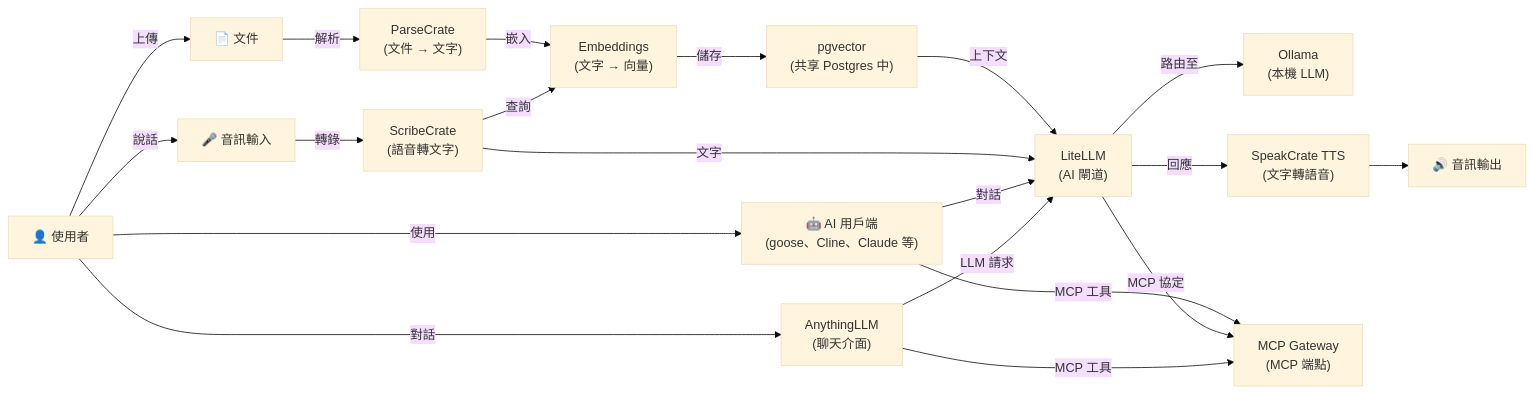
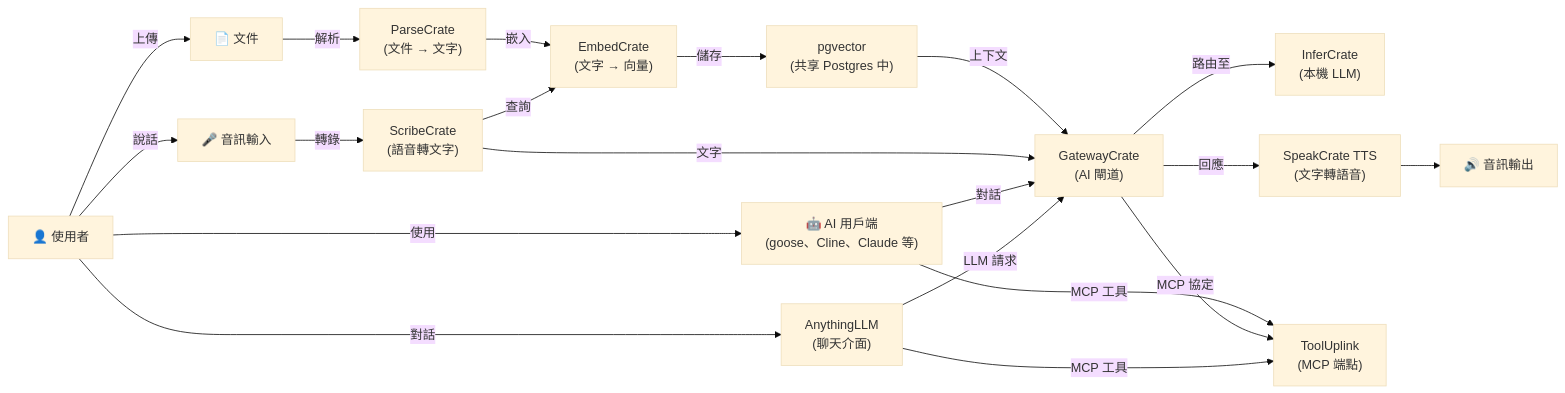
Before and after one commit to hwdsl2/self-hosted-ai-stack: the diagram in README-zh-Hant.md, drawn with Mermaid (base theme). The commit also changed other lines of this file and 47 other files, not shown here.

````diff
--- a/README-zh-Hant.md
+++ b/README-zh-Hant.md
@@ -188,22 +188,22 @@
 ```mermaid
 graph LR
     A["🎤 音訊輸入"] -->|轉錄| W["ScribeCrate<br/>(語音轉文字)"]
     D["📄 文件"] -->|解析| DC["ParseCrate<br/>(文件 → 文字)"]
-    DC -->|嵌入| E["Embeddings<br/>(文字 → 向量)"]
+    DC -->|嵌入| E["EmbedCrate<br/>(文字 → 向量)"]
     E -->|儲存| VDB["pgvector<br/>(共享 Postgres 中)"]
     W -->|查詢| E
-    VDB -->|上下文| L["LiteLLM<br/>(AI 閘道)"]
+    VDB -->|上下文| L["GatewayCrate<br/>(AI 閘道)"]
     W -->|文字| L
-    L -->|路由至| O["Ollama<br/>(本機 LLM)"]
+    L -->|路由至| O["InferCrate<br/>(本機 LLM)"]
     L -->|回應| T["SpeakCrate TTS<br/>(文字轉語音)"]
     T --> B["🔊 音訊輸出"]
-    C["🤖 AI 用戶端<br/>(goose、Cline、Claude 等)"] -->|MCP 工具| M["MCP Gateway<br/>(MCP 端點)"]
+    C["🤖 AI 用戶端<br/>(goose、Cline、Claude 等)"] -->|MCP 工具| M["ToolUplink<br/>(MCP 端點)"]
     C -->|對話| L
     L -->|MCP 協定| M
     U["👤 使用者"] -->|對話| AN["AnythingLLM<br/>(聊天介面)"]
     AN -->|LLM 請求| L
     AN -->|MCP 工具| M
     U -->|使用| C
     U -->|說話| A
     U -->|上傳| D
 ```
````
